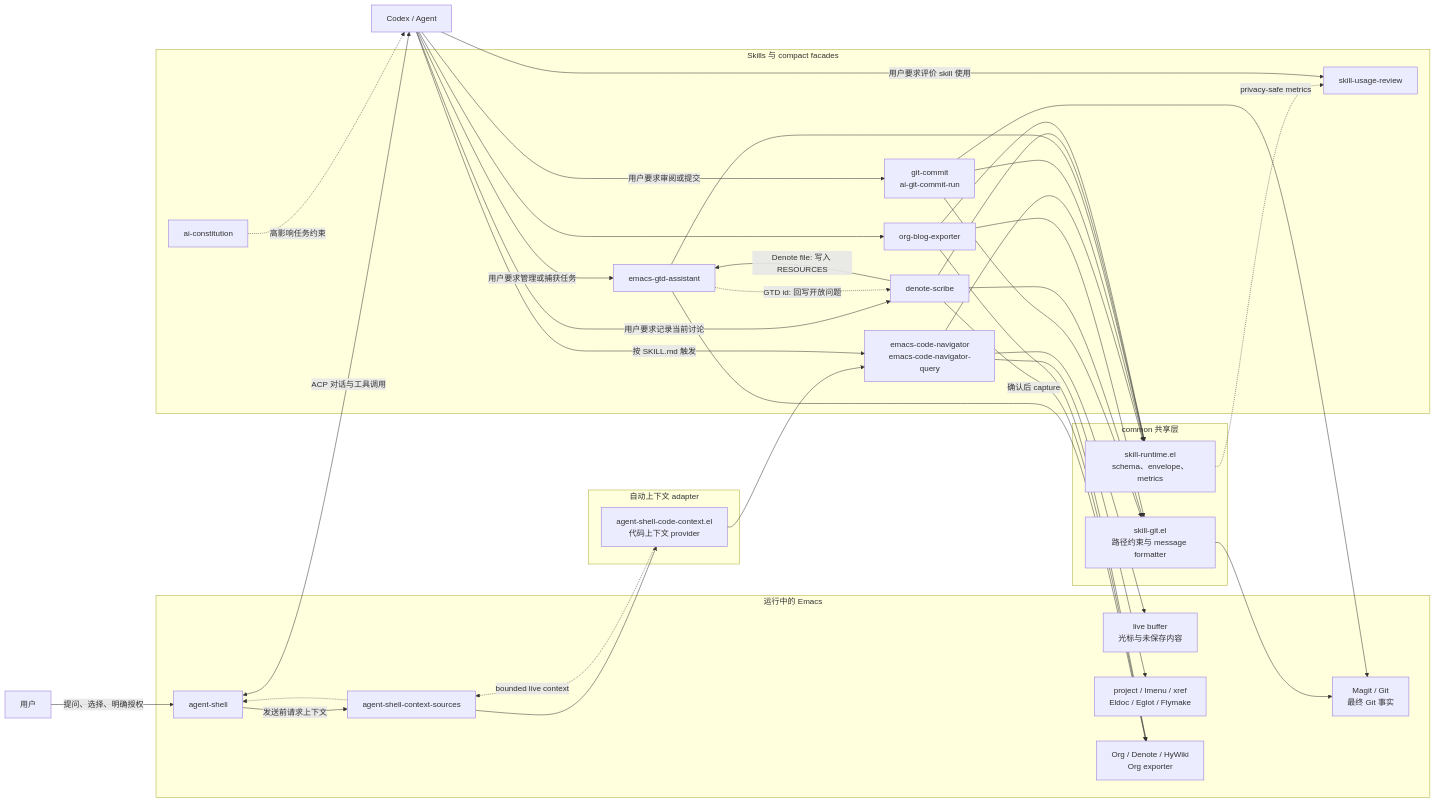
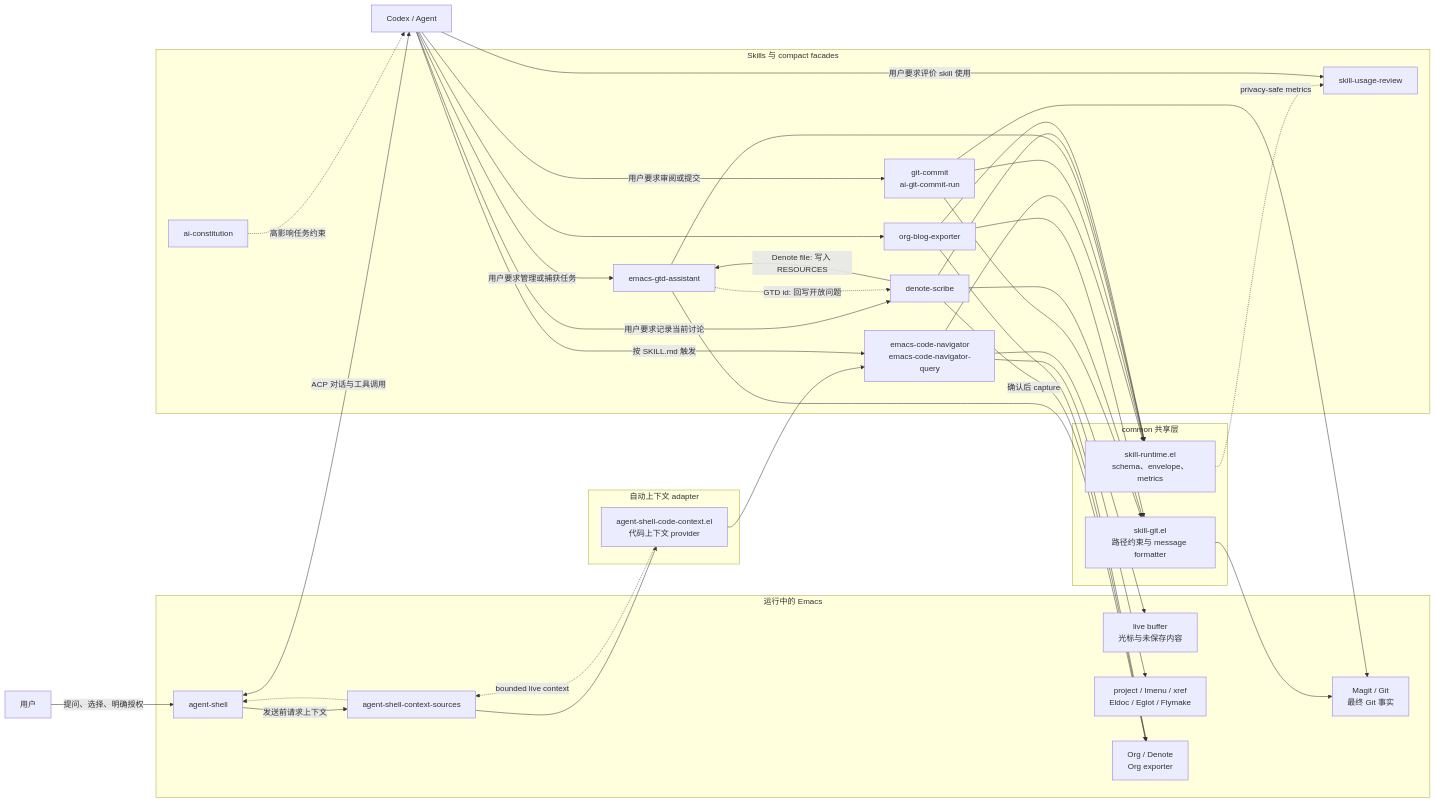
The diagram in README.md (zorowk/skills), drawn with Mermaid before and after one commit. The commit also changed other lines of this file and 11 other files, not shown here.

First line of the commit message:
refactor(denote): remove HyWiki integration from note workflows

````diff
--- a/README.md
+++ b/README.md
@@ -33,72 +33,72 @@
 ```mermaid
 flowchart LR
     USER["用户"]
     AGENT["Codex / Agent"]
 
     subgraph EMACS["运行中的 Emacs"]
         AS["agent-shell"]
         SOURCES["agent-shell-context-sources"]
         BUFFER["live buffer<br/>光标与未保存内容"]
         CODEAPI["project / Imenu / xref<br/>Eldoc / Eglot / Flymake"]
-        ORG["Org / Denote / HyWiki<br/>Org exporter"]
+        ORG["Org / Denote<br/>Org exporter"]
         MAGIT["Magit / Git<br/>最终 Git 事实"]
     end
 
     subgraph COMMON["common 共享层"]
         RUNTIME["skill-runtime.el<br/>schema、envelope、metrics"]
         GITCORE["skill-git.el<br/>路径约束与 message formatter"]
     end
 
     subgraph ADAPTERS["自动上下文 adapter"]
         CODECTX["agent-shell-code-context.el<br/>代码上下文 provider"]
     end
 
     subgraph SKILLS["Skills 与 compact facades"]
         NAV["emacs-code-navigator<br/>emacs-code-navigator-query"]
         COMMIT["git-commit<br/>ai-git-commit-run"]
         GTD["emacs-gtd-assistant"]
         SCRIBE["denote-scribe"]
         BLOG["org-blog-exporter"]
         USAGE["skill-usage-review"]
         CONSTITUTION["ai-constitution"]
     end
 
     USER -->|"提问、选择、明确授权"| AS
     AS <-->|"ACP 对话与工具调用"| AGENT
 
     AS -->|"发送前请求上下文"| SOURCES
     SOURCES --> CODECTX
     CODECTX --> NAV
     NAV --> BUFFER
     NAV --> CODEAPI
     CODECTX -.->|"bounded live context"| SOURCES
     SOURCES -.-> AS
 
     AGENT -->|"用户要求管理或捕获任务"| GTD
     AGENT -->|"用户要求记录当前讨论"| SCRIBE
     AGENT -->|"用户要求审阅或提交"| COMMIT
     SCRIBE -->|"Denote file: 写入 RESOURCES"| GTD
     GTD -.->|"GTD id: 回写开放问题"| SCRIBE
 
     AGENT -->|"按 SKILL.md 触发"| NAV
     AGENT --> BLOG
     CONSTITUTION -.->|"高影响任务约束"| AGENT
 
     NAV --> RUNTIME
     COMMIT --> RUNTIME
     GTD --> RUNTIME
     SCRIBE --> RUNTIME
     BLOG --> RUNTIME
     COMMIT --> GITCORE
     SCRIBE --> GITCORE
     BLOG --> GITCORE
 
     GTD --> ORG
     SCRIBE -->|"确认后 capture"| ORG
     BLOG --> ORG
     COMMIT --> MAGIT
     GITCORE --> MAGIT
 
     RUNTIME -.->|"privacy-safe metrics"| USAGE
     AGENT -->|"用户要求评价 skill 使用"| USAGE
 ```
````
